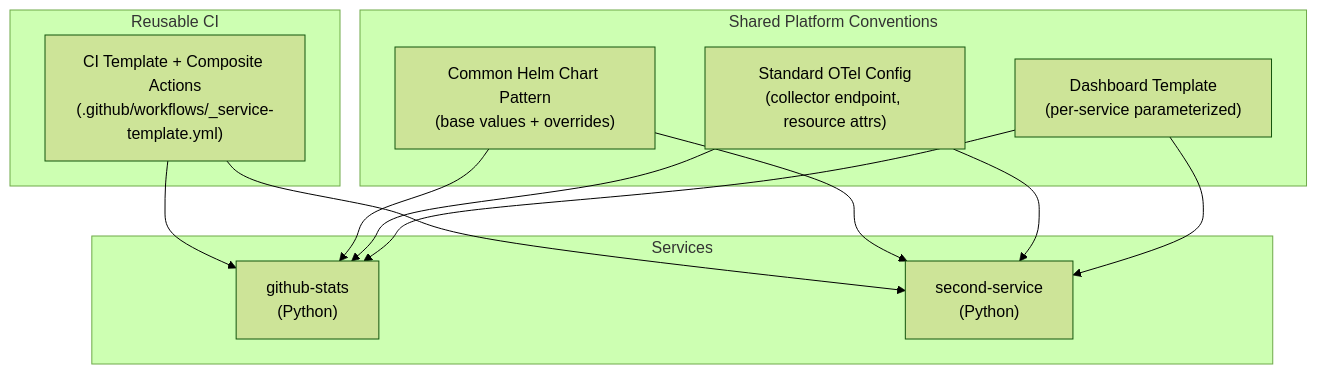
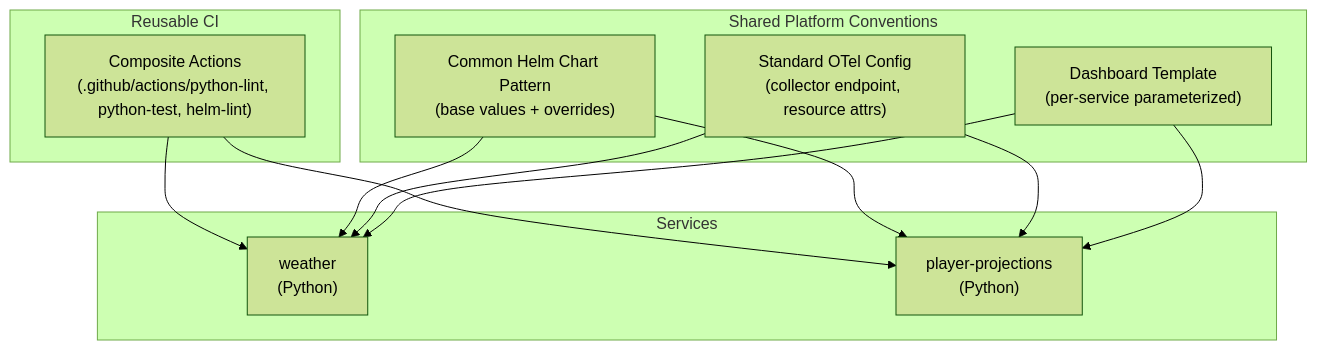
Before and after one commit to kakhavai/foundry: the diagram in docs/architecture/phase-2-golden-path.md, drawn with Mermaid (forest theme). The commit also changed other lines of this file and 69 other files, not shown here.

First line of the commit message:
feat: complete Phase 2 - golden path, second service, onboarding docs (#12)

````diff
--- a/docs/architecture/phase-2-golden-path.md
+++ b/docs/architecture/phase-2-golden-path.md
@@ -11,22 +9,22 @@
 ```mermaid
 graph TD
     subgraph "Reusable CI"
-        SharedWF["CI Template + Composite Actions\n(.github/workflows/_service-template.yml)"]
+        SharedWF["Composite Actions\n(.github/actions/python-lint, python-test, helm-lint)"]
     end
 
     subgraph "Services"
-        SvcA["github-stats\n(Python)"]
-        SvcB["second-service\n(Python)"]
+        SvcA["weather\n(Python)"]
+        SvcB["player-projections\n(Python)"]
     end
 
     subgraph "Shared Platform Conventions"
         HelmLib["Common Helm Chart Pattern\n(base values + overrides)"]
         OTelStd["Standard OTel Config\n(collector endpoint, resource attrs)"]
         DashTpl["Dashboard Template\n(per-service parameterized)"]
     end
 
     SharedWF --> SvcA & SvcB
     HelmLib --> SvcA & SvcB
     OTelStd --> SvcA & SvcB
     DashTpl --> SvcA & SvcB
 ```
````
